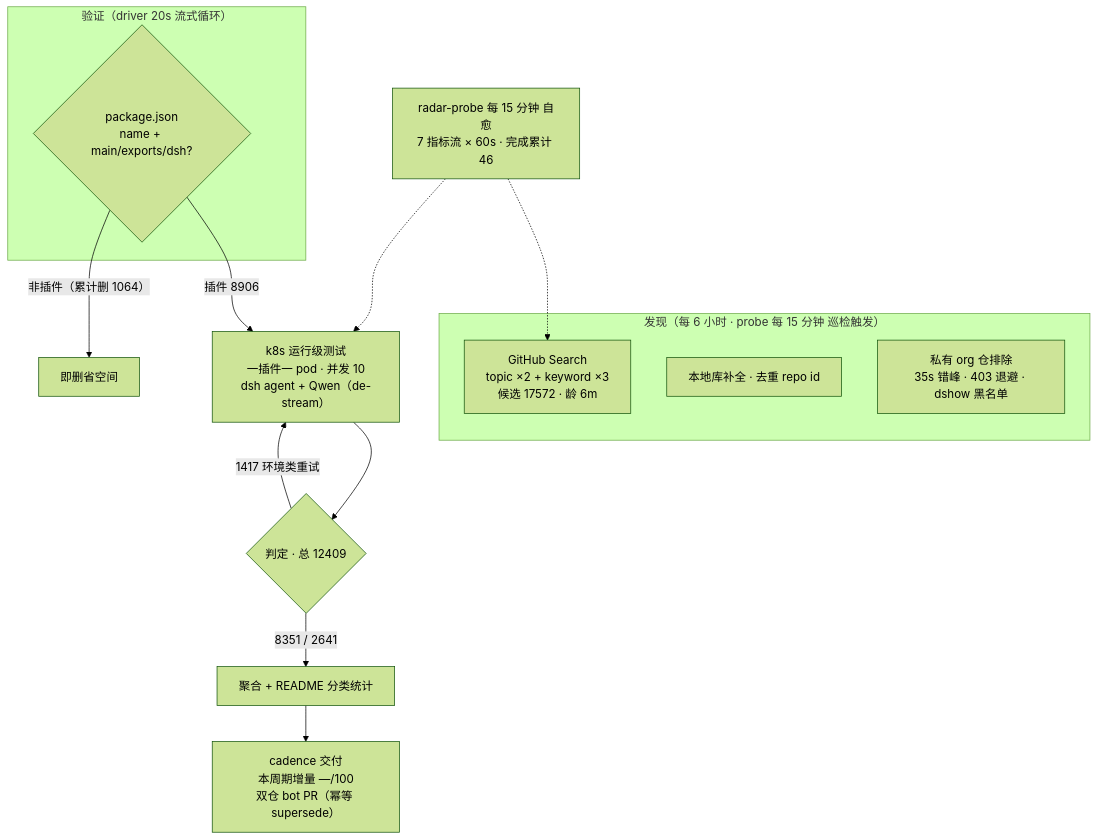
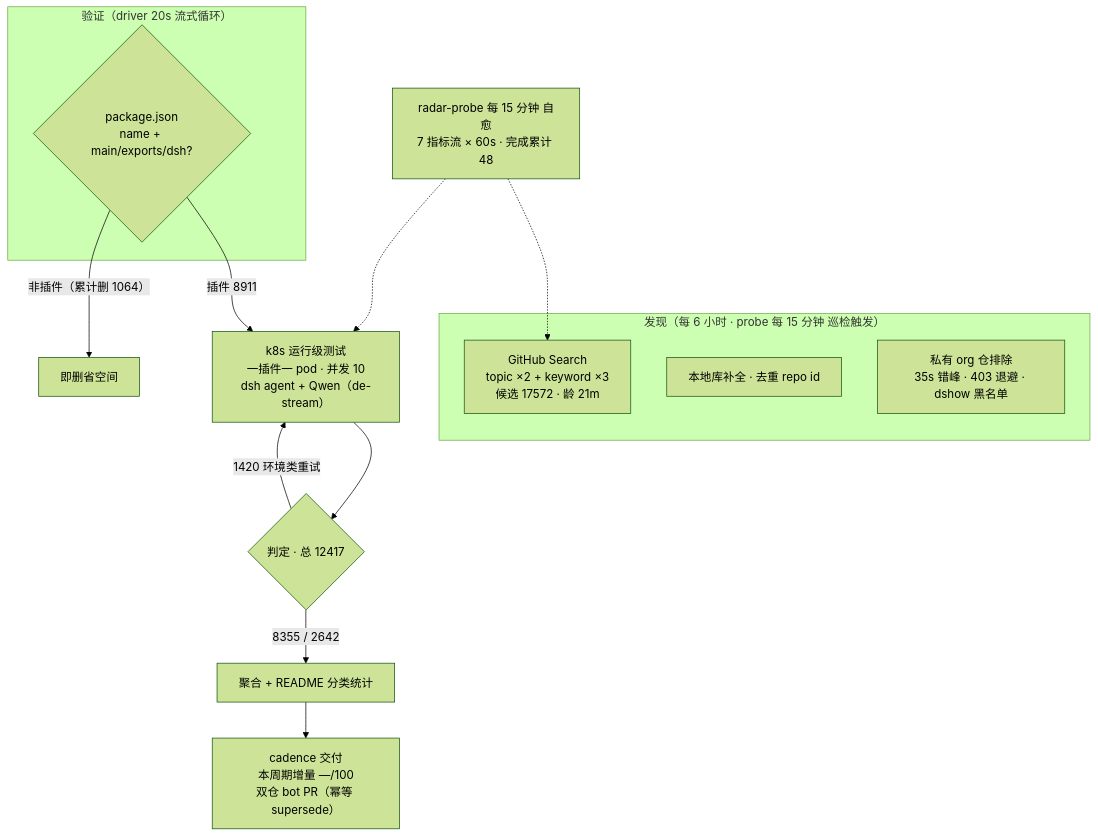
The diagram in README.md (Zhidao-Lab-OSS/awesome-dsh-plugins), drawn with Mermaid (forest theme) before and after one commit. The commit also changed other lines of this file and 1 other file, not shown here.

````diff
--- a/README.md
+++ b/README.md
@@ -52,20 +52,20 @@
 ```mermaid
 flowchart TB
     subgraph Discovery["发现（每 6 小时 · probe 每 15 分钟 巡检触发）"]
-        A1["GitHub Search<br/>topic ×2 + keyword ×3<br/>候选 17572 · 龄 6m"]
+        A1["GitHub Search<br/>topic ×2 + keyword ×3<br/>候选 17572 · 龄 21m"]
         A2["本地库补全 · 去重 repo id"]
         A3["私有 org 仓排除<br/>35s 错峰 · 403 退避 · dshow 黑名单"]
     end
     subgraph Validation["验证（driver 20s 流式循环）"]
         B1{"package.json<br/>name + main/exports/dsh?"}
     end
-    B1 -->|"插件 8906"| C1["k8s 运行级测试<br/>一插件一 pod · 并发 10<br/>dsh agent + Qwen（de-stream）"]
+    B1 -->|"插件 8911"| C1["k8s 运行级测试<br/>一插件一 pod · 并发 10<br/>dsh agent + Qwen（de-stream）"]
     B1 -->|"非插件（累计删 1064）"| B3["即删省空间"]
-    C1 --> D1{"判定 · 总 12409"}
-    D1 -->|"8351 / 2641"| E1["聚合 + README 分类统计"]
-    D1 -->|"1417 环境类重试"| C1
+    C1 --> D1{"判定 · 总 12417"}
+    D1 -->|"8355 / 2642"| E1["聚合 + README 分类统计"]
+    D1 -->|"1420 环境类重试"| C1
     E1 --> E2["cadence 交付<br/>本周期增量 —/100<br/>双仓 bot PR（幂等 supersede）"]
-    M["radar-probe 每 15 分钟 自愈<br/>7 指标流 × 60s · 完成累计 46"]
+    M["radar-probe 每 15 分钟 自愈<br/>7 指标流 × 60s · 完成累计 48"]
     M -.-> A1
     M -.-> C1
 ```
````
